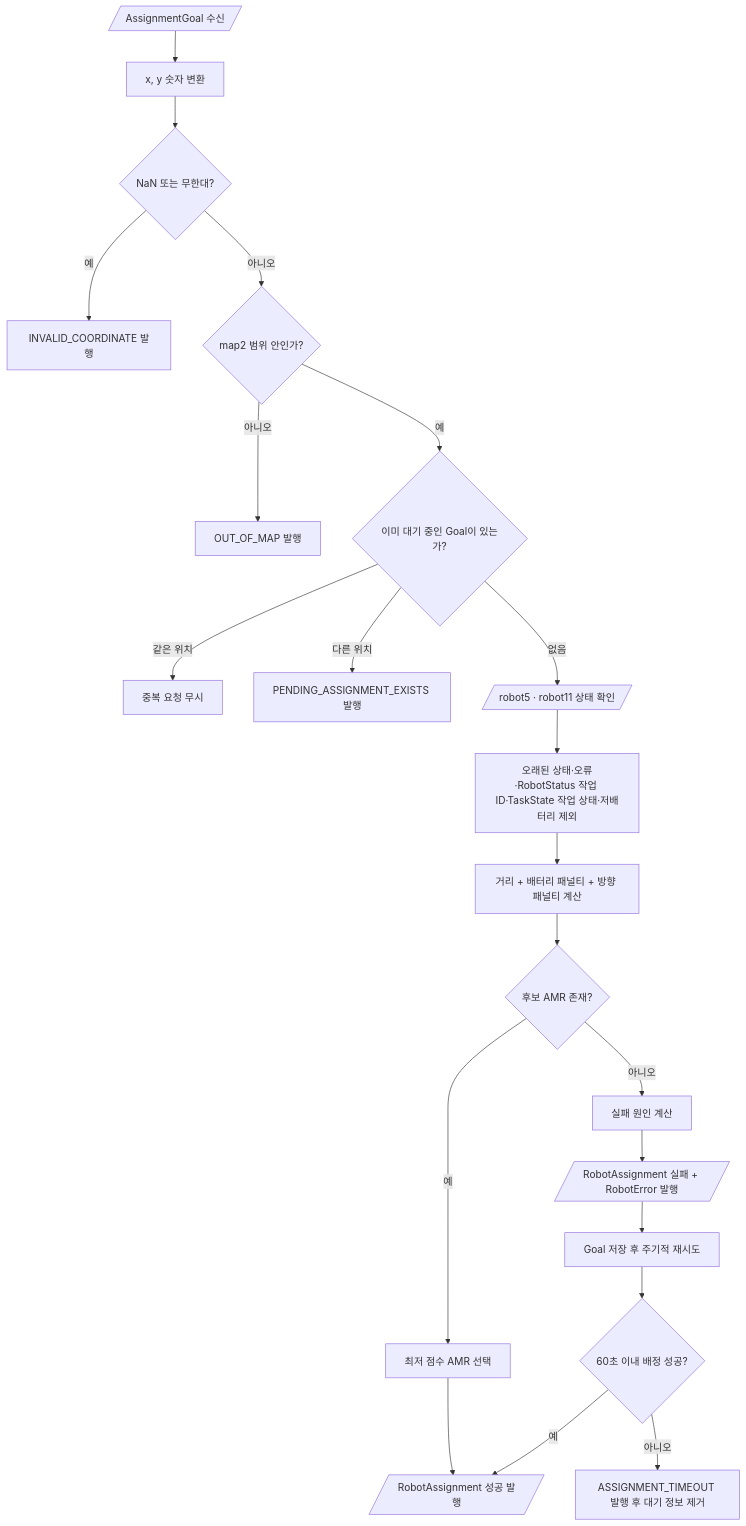
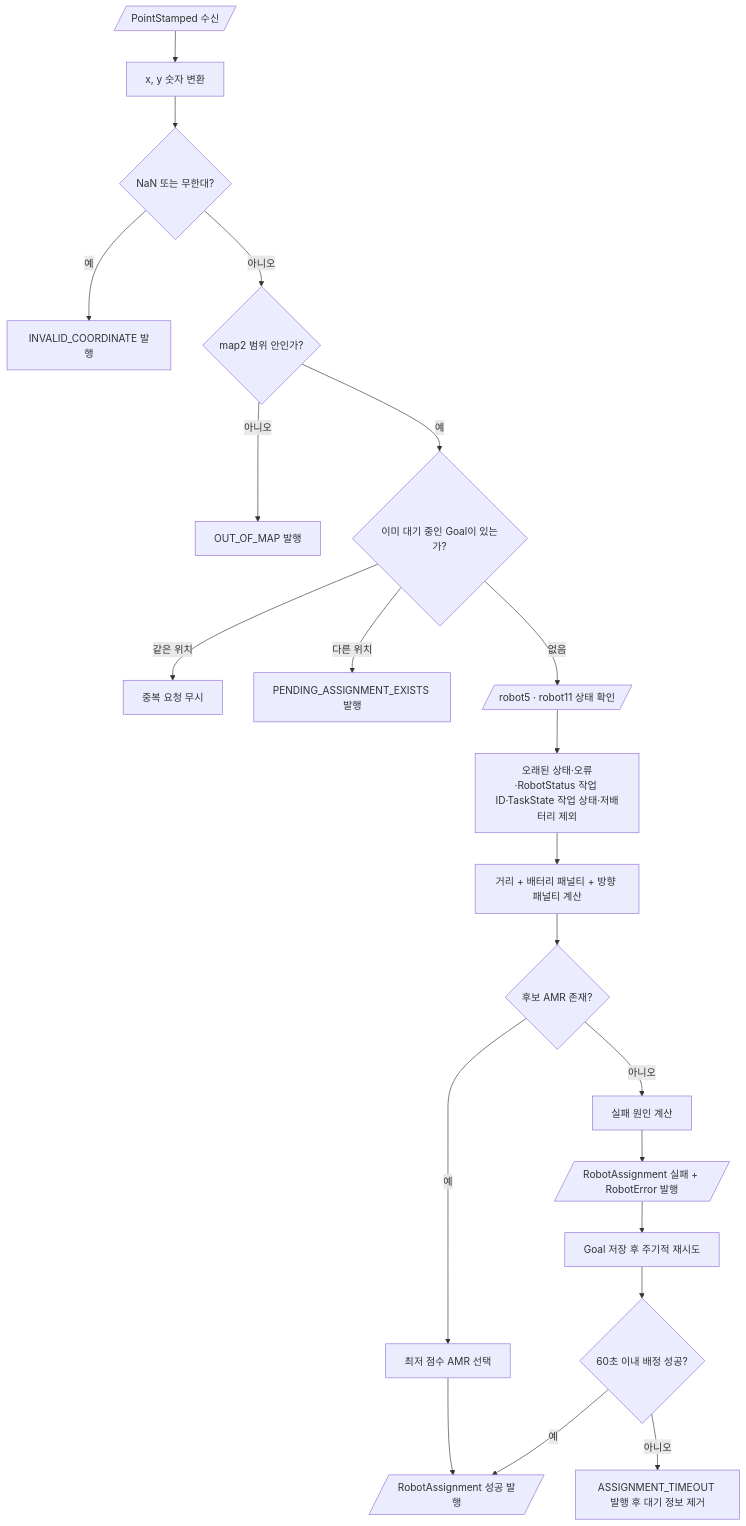
One commit to bh8648/team4_amr_assist changed the third of 7 diagrams in real_project/CENTRAL_SYSTEM_NODE_FLOW.md. Above: the diagram before and after it, drawn with Mermaid. The commit also changed other lines of this file and 10 other files, not shown here.

````diff
--- a/real_project/CENTRAL_SYSTEM_NODE_FLOW.md
+++ b/real_project/CENTRAL_SYSTEM_NODE_FLOW.md
@@ -80,23 +80,23 @@
 ```mermaid
 flowchart TD
-    A[/AssignmentGoal 수신/] --> B[x, y 숫자 변환]
+    A[/PointStamped 수신/] --> B[x, y 숫자 변환]
     B --> C{NaN 또는 무한대?}
     C -- 예 --> C1[INVALID_COORDINATE 발행]
     C -- 아니오 --> D{map2 범위 안인가?}
     D -- 아니오 --> D1[OUT_OF_MAP 발행]
     D -- 예 --> E{이미 대기 중인 Goal이 있는가?}
     E -- 같은 위치 --> E1[중복 요청 무시]
     E -- 다른 위치 --> E2[PENDING_ASSIGNMENT_EXISTS 발행]
     E -- 없음 --> F[/robot5 · robot11 상태 확인/]
     F --> G[오래된 상태·오류·RobotStatus 작업 ID·TaskState 작업 상태·저배터리 제외]
     G --> H[거리 + 배터리 패널티 + 방향 패널티 계산]
     H --> I{후보 AMR 존재?}
     I -- 예 --> J[최저 점수 AMR 선택]
     J --> K[/RobotAssignment 성공 발행/]
     I -- 아니오 --> L[실패 원인 계산]
     L --> M[/RobotAssignment 실패 + RobotError 발행/]
     M --> N[Goal 저장 후 주기적 재시도]
     N --> O{60초 이내 배정 성공?}
     O -- 예 --> K
     O -- 아니오 --> P[ASSIGNMENT_TIMEOUT 발행 후 대기 정보 제거]
 ```
````
